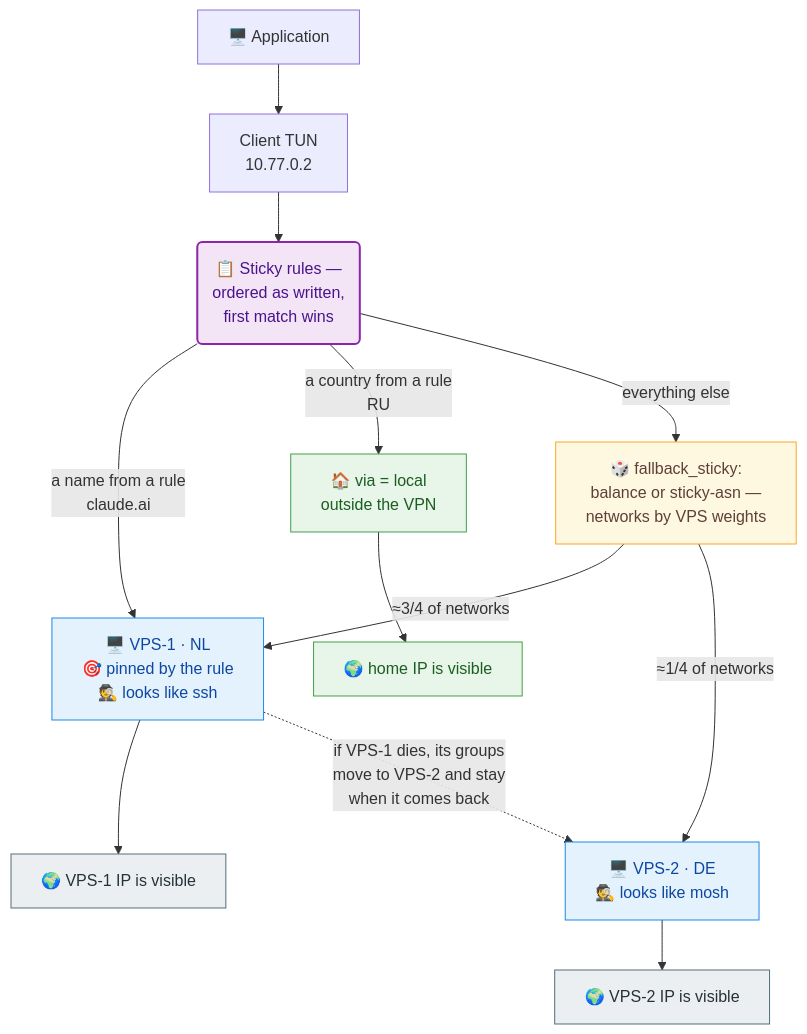
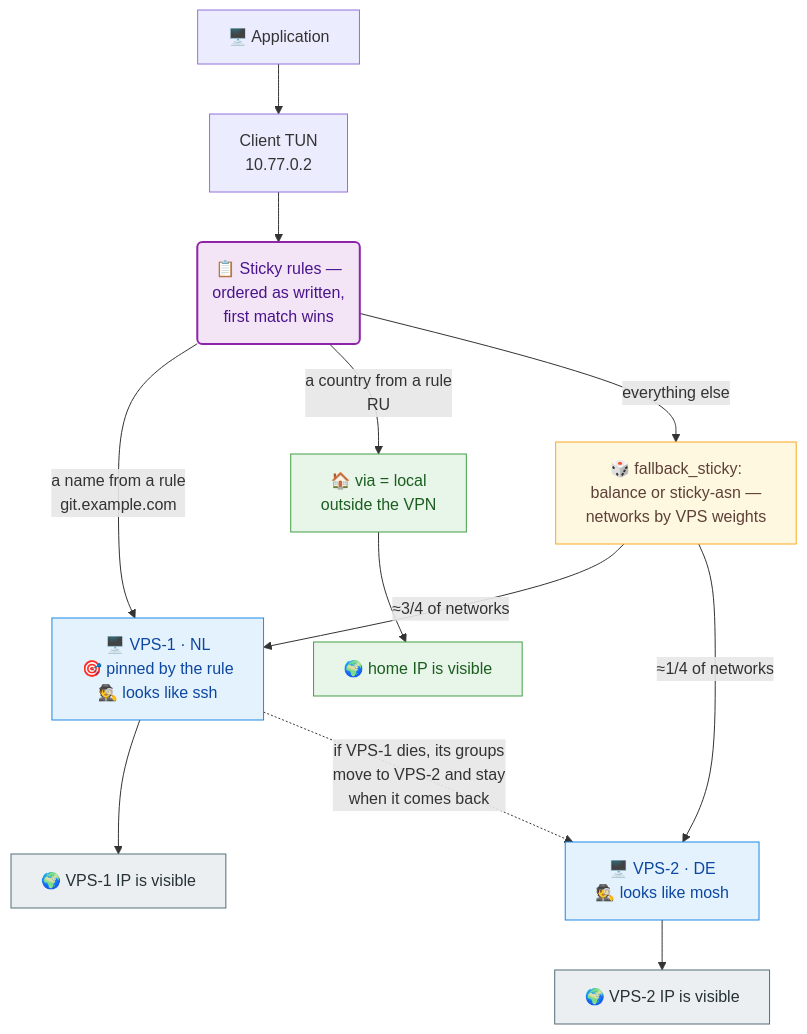
The diagram in README.en.md (vadv/svpn), drawn with Mermaid before and after one commit. The commit also changed other lines of this file and 1 other file, not shown here.

First line of the commit message:
docs: neutral example domains in the diagram config

````diff
--- a/README.en.md
+++ b/README.en.md
@@ -9,25 +9,25 @@
 ```mermaid
 %%{init: {"flowchart": {"wrappingWidth": 280}}}%%
 flowchart TD
     app["🖥️ Application"] --> tun["Client TUN<br/>10.77.0.2"]
     tun --> rules("📋 Sticky rules —<br/>ordered as written,<br/>first match wins")
-    rules -->|"a name from a rule<br/>claude.ai"| vps1["🖥️ VPS-1 · NL<br/>🎯 pinned by the rule<br/>🕵️ looks like ssh"]
+    rules -->|"a name from a rule<br/>git.example.com"| vps1["🖥️ VPS-1 · NL<br/>🎯 pinned by the rule<br/>🕵️ looks like ssh"]
     rules -->|"a country from a rule<br/>RU"| local2["🏠 via = local<br/>outside the VPN"]
     local2 --> home["🌍 home IP is visible"]
     rules -->|"everything else"| fb["🎲 fallback_sticky:<br/>balance or sticky-asn —<br/>networks by VPS weights"]
     fb -->|"≈3/4 of networks"| vps1
     fb -->|"≈1/4 of networks"| vps2["🖥️ VPS-2 · DE<br/>🕵️ looks like mosh"]
     vps1 --> net1["🌍 VPS-1 IP is visible"]
     vps2 --> net2["🌍 VPS-2 IP is visible"]
     vps1 -.->|"if VPS-1 dies, its groups<br/>move to VPS-2 and stay<br/>when it comes back"| vps2
     classDef rules fill:#f3e5f5,stroke:#8e24aa,stroke-width:2px,color:#4a148c
     classDef local fill:#e8f5e9,stroke:#43a047,color:#1b5e20
     classDef fb fill:#fff8e1,stroke:#f9a825,color:#5d4037
     classDef vpn fill:#e3f2fd,stroke:#1e88e5,color:#0d47a1
     classDef edge fill:#eceff1,stroke:#546e7a,color:#263238
     class rules rules
     class local2,home local
     class fb fb
     class vps1,vps2 vpn
     class net1,net2 edge
 ```
````
